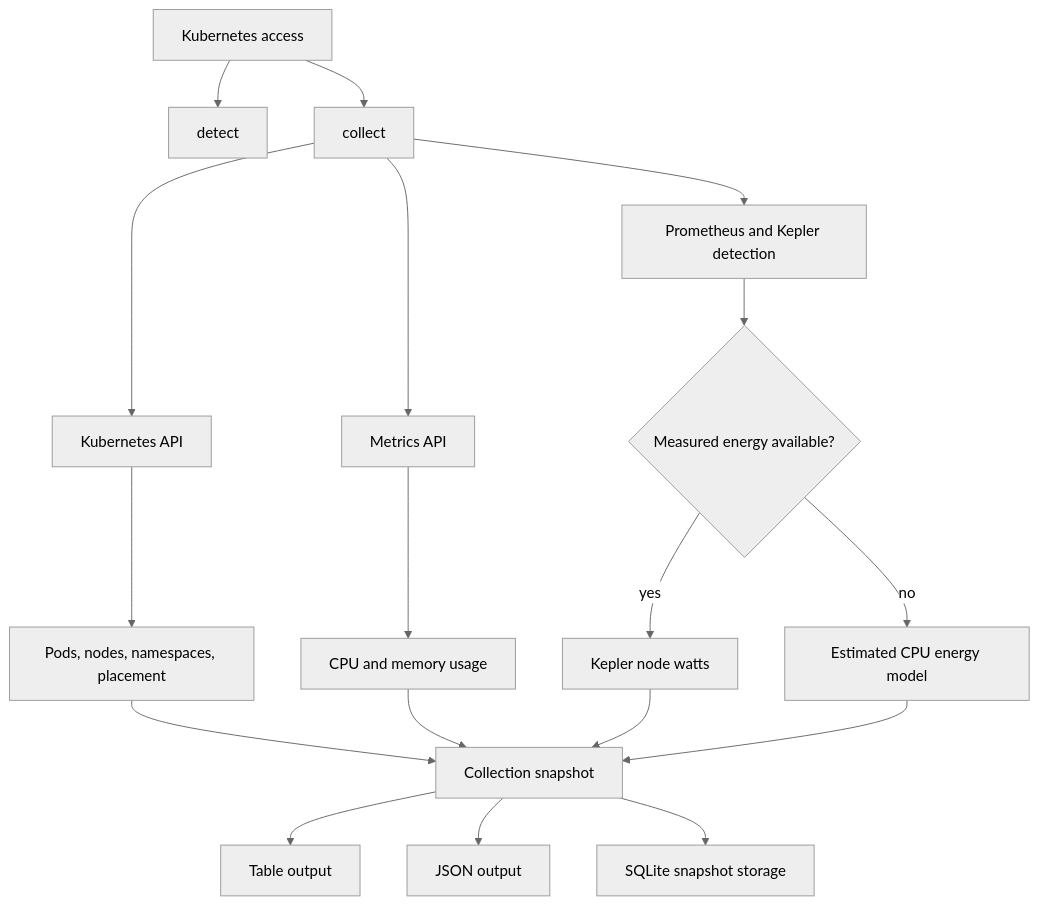
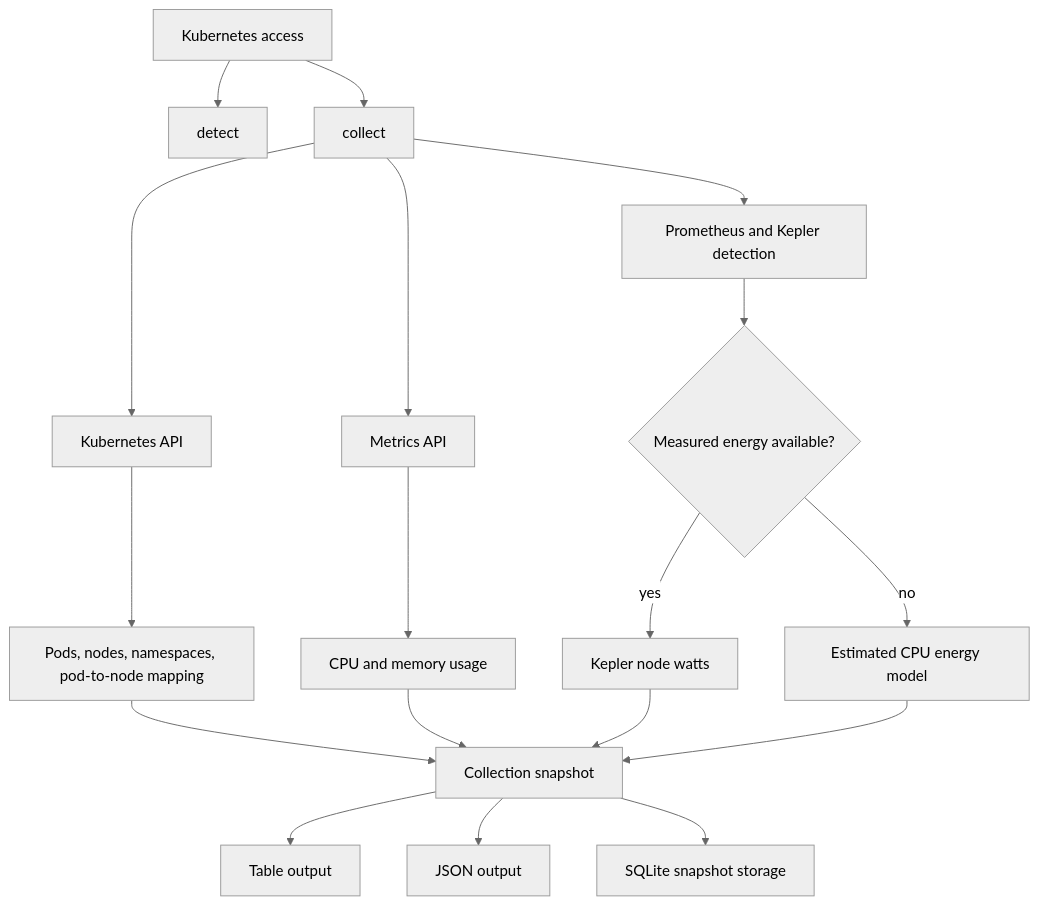
One commit to victoriacheng15/carbonops changed the diagram in README.md. Above: the diagram before and after it, drawn with Mermaid (neutral theme). The commit also changed other lines of this file and 2 other files, not shown here.

````diff
--- a/README.md
+++ b/README.md
@@ -31,20 +31,20 @@
 ```mermaid
 flowchart TD
     A[Kubernetes access] --> B[detect]
     A --> C[collect]
     C --> D[Kubernetes API]
     C --> E[Metrics API]
     C --> F[Prometheus and Kepler detection]
-    D --> G[Pods, nodes, namespaces, placement]
+    D --> G[Pods, nodes, namespaces, pod-to-node mapping]
     E --> H[CPU and memory usage]
     F --> I{Measured energy available?}
     I -->|yes| J[Kepler node watts]
     I -->|no| K[Estimated CPU energy model]
     G --> L[Collection snapshot]
     H --> L
     J --> L
     K --> L
     L --> M[Table output]
     L --> N[JSON output]
     L --> O[SQLite snapshot storage]
 ```
````
